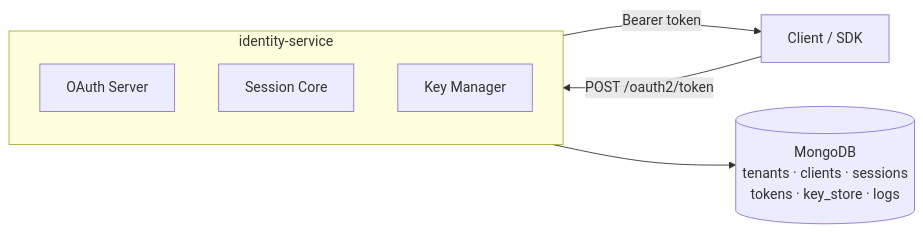
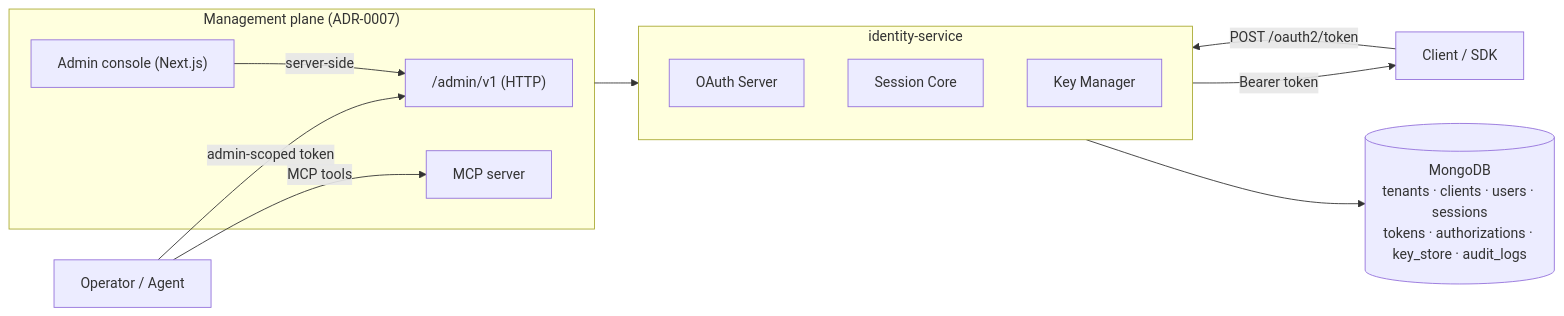
Before and after one commit to fps4/identity-service: the diagram in docs/design/architecture.md, drawn with Mermaid. The commit also changed other lines of this file and 13 other files, not shown here.

First line of the commit message:
docs: align with the management-plane refactor + maestro standards (ADR-0007)

````diff
--- a/docs/design/architecture.md
+++ b/docs/design/architecture.md
@@ -30,14 +34,24 @@
 ```mermaid
 flowchart LR
     client["Client / SDK"]
     subgraph svc["identity-service"]
         oauth["OAuth Server"]
         session["Session Core"]
         keys["Key Manager"]
     end
-    db[("MongoDB<br/>tenants · clients · sessions<br/>tokens · key_store · logs")]
+    db[("MongoDB<br/>tenants · clients · users · sessions<br/>tokens · authorizations · key_store · audit_logs")]
+    admin["Operator / Agent"]
+    subgraph mgmt["Management plane (ADR-0007)"]
+        api["/admin/v1 (HTTP)"]
+        mcp["MCP server"]
+        console["Admin console (Next.js)"]
+    end
 
     client -->|"POST /oauth2/token"| svc
     svc -->|"Bearer token"| client
     svc --> db
+    admin -->|"admin-scoped token"| api
+    admin -->|"MCP tools"| mcp
+    console -->|"server-side"| api
+    mgmt --> svc
 ```
````
